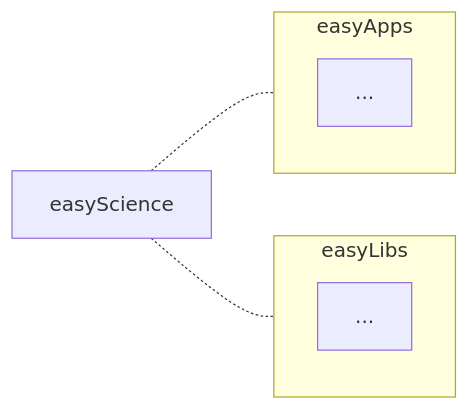
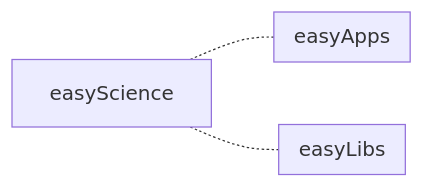
One commit to easyScience/easyScience changed the first of 4 diagrams in easyScience.md. Above: the diagram before and after it, drawn with Mermaid.

````diff
--- a/easyScience.md
+++ b/easyScience.md
@@ -14,12 +14,12 @@
 ```mermaid
 graph LR
 	easyScience -.- easyApps
 	easyScience -.- easyLibs 
 
 	subgraph easyLibs
-		a[...]
+		%%a[...]
 	end
 	subgraph easyApps
-		b[...]
+		%%b[...]
 	end
 ```
````
